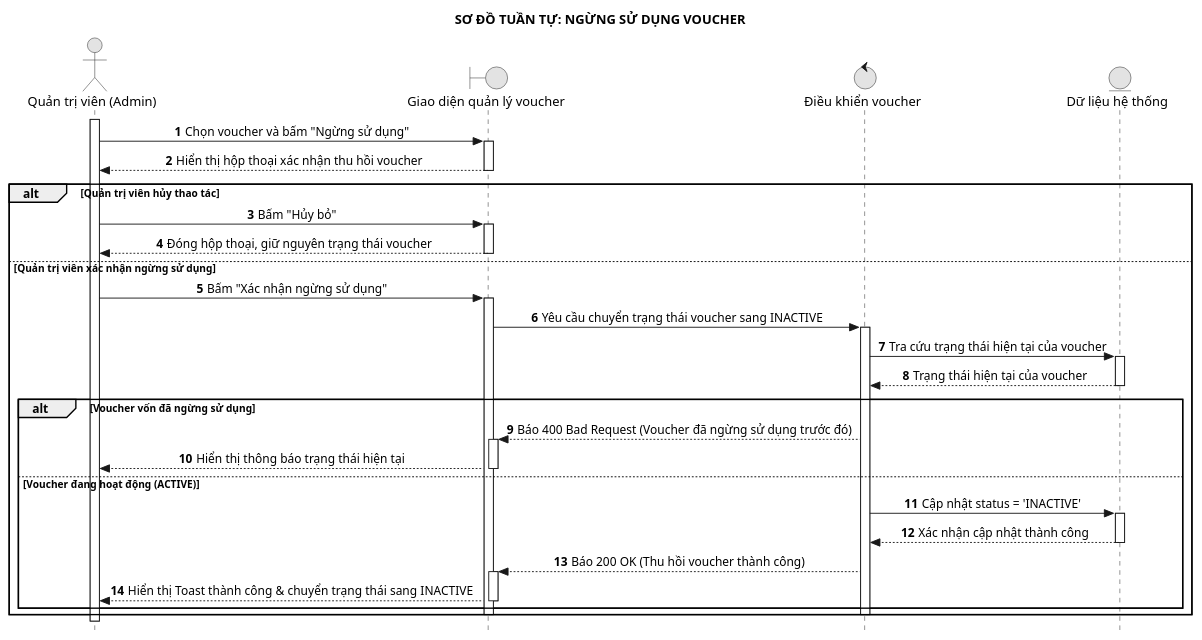
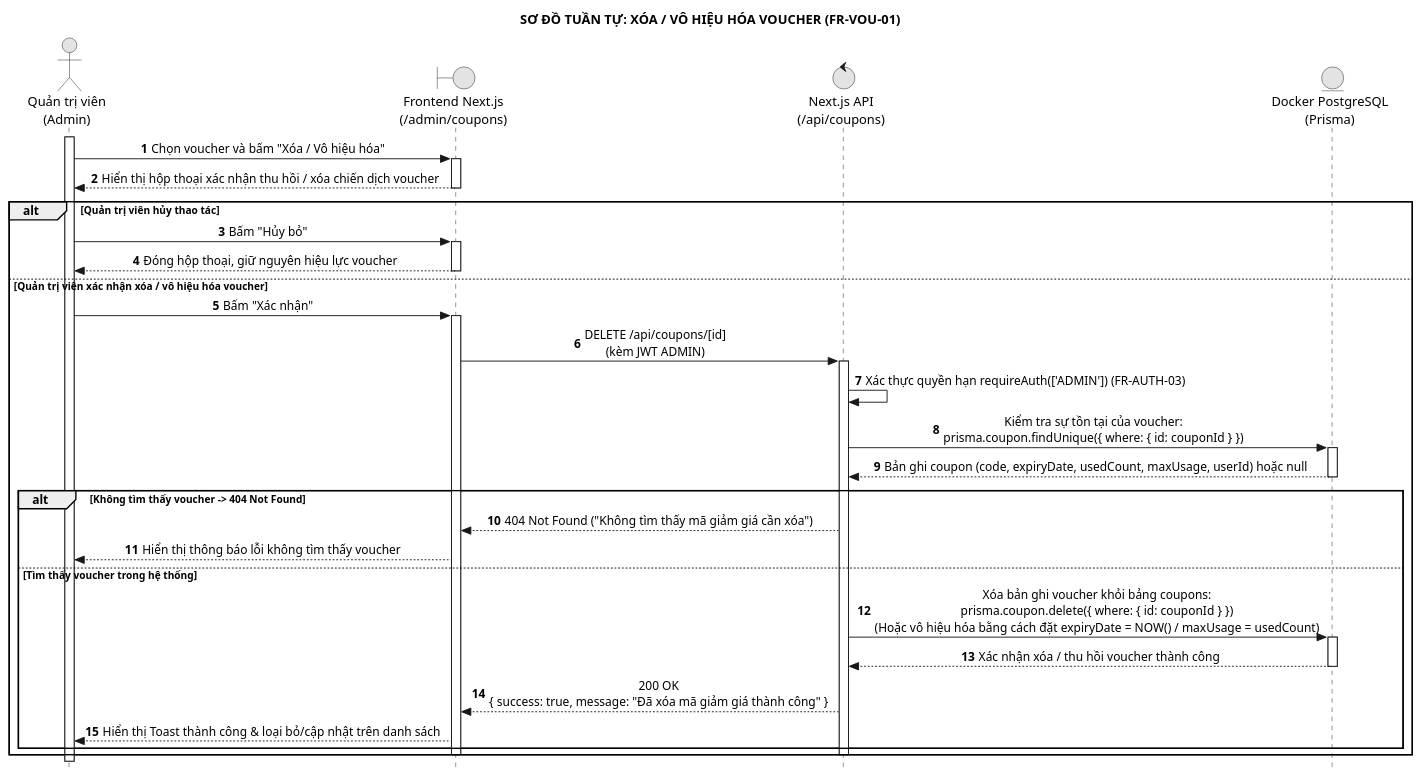
One commit to MaGiaVy/CinemaLUMI changed the diagram in Sequence/33_ngung_su_dung_voucher.puml. Above: the diagram before and after it, drawn with PlantUML. The commit also changed 254 other files, not shown here.

Commit message:
feat(docs-uml): upgrade SRS to v2.0 and synchronize all 62 UML diagrams with codebase

```diff
--- a/Sequence/33_ngung_su_dung_voucher.puml
+++ b/Sequence/33_ngung_su_dung_voucher.puml
@@ -1,55 +1,52 @@
 @startuml 33_ngung_su_dung_voucher
 hide footbox
 autonumber
 skinparam style strictuml
 skinparam monochrome true
 skinparam defaultTextAlignment center
 skinparam shadowing false
-title SƠ ĐỒ TUẦN TỰ: NGỪNG SỬ DỤNG VOUCHER
+title SƠ ĐỒ TUẦN TỰ: XÓA / VÔ HIỆU HÓA VOUCHER (FR-VOU-01)
 
-actor "Quản trị viên (Admin)" as A
-boundary "Giao diện quản lý voucher" as UI
-control "Điều khiển voucher" as C
-entity "Dữ liệu hệ thống" as DB
+actor "Quản trị viên\n(Admin)" as A
+boundary "Frontend Next.js\n(/admin/coupons)" as UI
+control "Next.js API\n(/api/coupons)" as C
+entity "Docker PostgreSQL\n(Prisma)" as DB
 
 activate A
-A -> UI: Chọn voucher và bấm "Ngừng sử dụng"
+A -> UI: Chọn voucher và bấm "Xóa / Vô hiệu hóa"
 activate UI
-UI --> A: Hiển thị hộp thoại xác nhận thu hồi voucher
+UI --> A: Hiển thị hộp thoại xác nhận thu hồi / xóa chiến dịch voucher
 deactivate UI
 
 alt Quản trị viên hủy thao tác
     A -> UI: Bấm "Hủy bỏ"
     activate UI
-    UI --> A: Đóng hộp thoại, giữ nguyên trạng thái voucher
+    UI --> A: Đóng hộp thoại, giữ nguyên hiệu lực voucher
     deactivate UI
-else Quản trị viên xác nhận ngừng sử dụng
-    A -> UI: Bấm "Xác nhận ngừng sử dụng"
+else Quản trị viên xác nhận xóa / vô hiệu hóa voucher
+    A -> UI: Bấm "Xác nhận"
     activate UI
-    UI -> C: Yêu cầu chuyển trạng thái voucher sang INACTIVE
+    UI -> C: DELETE /api/coupons/[id]\n(kèm JWT ADMIN)
     activate C
-    C -> DB: Tra cứu trạng thái hiện tại của voucher
+    C -> C: Xác thực quyền hạn requireAuth(['ADMIN']) (FR-AUTH-03)
+    C -> DB: Kiểm tra sự tồn tại của voucher:\nprisma.coupon.findUnique({ where: { id: couponId } })
     activate DB
-    DB --> C: Trạng thái hiện tại của voucher
+    DB --> C: Bản ghi coupon (code, expiryDate, usedCount, maxUsage, userId) hoặc null
     deactivate DB
     
-    alt Voucher vốn đã ngừng sử dụng
-        C --> UI: Báo 400 Bad Request (Voucher đã ngừng sử dụng trước đó)
-        activate UI
-        UI --> A: Hiển thị thông báo trạng thái hiện tại
-        deactivate UI
-    else Voucher đang hoạt động (ACTIVE)
-        C -> DB: Cập nhật status = 'INACTIVE'
+    alt Không tìm thấy voucher -> 404 Not Found
+        C --> UI: 404 Not Found ("Không tìm thấy mã giảm giá cần xóa")
+        UI --> A: Hiển thị thông báo lỗi không tìm thấy voucher
+    else Tìm thấy voucher trong hệ thống
+        C -> DB: Xóa bản ghi voucher khỏi bảng coupons:\nprisma.coupon.delete({ where: { id: couponId } })\n(Hoặc vô hiệu hóa bằng cách đặt expiryDate = NOW() / maxUsage = usedCount)
         activate DB
-        DB --> C: Xác nhận cập nhật thành công
+        DB --> C: Xác nhận xóa / thu hồi voucher thành công
         deactivate DB
-        C --> UI: Báo 200 OK (Thu hồi voucher thành công)
-        activate UI
-        UI --> A: Hiển thị Toast thành công & chuyển trạng thái sang INACTIVE
-        deactivate UI
+        C --> UI: 200 OK\n{ success: true, message: "Đã xóa mã giảm giá thành công" }
+        UI --> A: Hiển thị Toast thành công & loại bỏ/cập nhật trên danh sách
     end
     deactivate C
     deactivate UI
 end
 deactivate A
 @enduml
```
